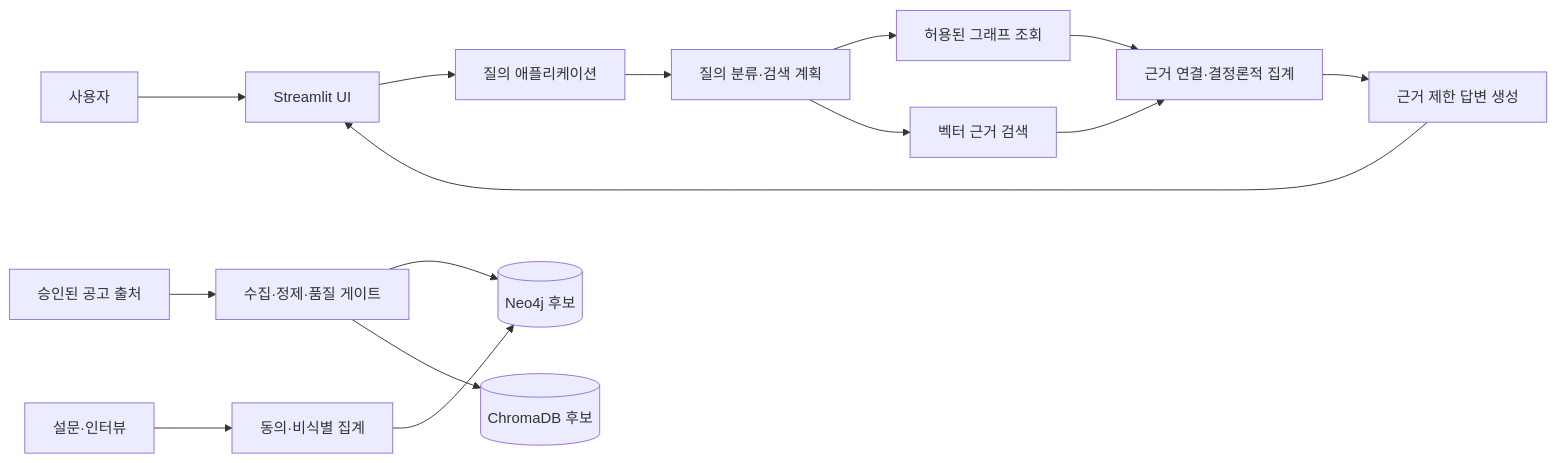
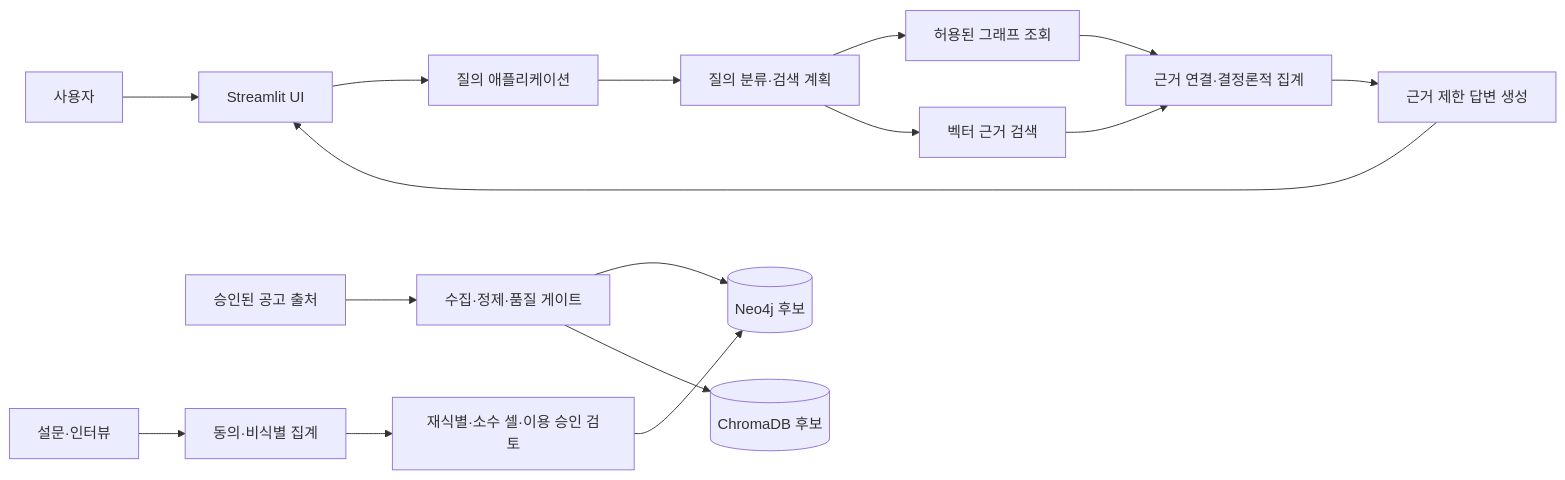
The diagram in docs/GraphRAG_프로젝트_아키텍처_초안.md (juny79/job_mismatch), drawn with Mermaid before and after one commit. The commit also changed other lines of this file, not shown here.

````diff
--- a/docs/GraphRAG_프로젝트_아키텍처_초안.md
+++ b/docs/GraphRAG_프로젝트_아키텍처_초안.md
@@ -24,17 +24,18 @@
 ```mermaid docs/GraphRAG_프로젝트_아키텍처_초안.md
 flowchart LR
   U[사용자] --> UI[Streamlit UI]
   UI --> APP[질의 애플리케이션]
   APP --> ROUTER[질의 분류·검색 계획]
   ROUTER --> GQ[허용된 그래프 조회]
   ROUTER --> VQ[벡터 근거 검색]
   GQ --> E[근거 연결·결정론적 집계]
   VQ --> E
   E --> LLM[근거 제한 답변 생성]
   LLM --> UI
   SRC[승인된 공고 출처] --> ING[수집·정제·품질 게이트]
   ING --> GRAPH[(Neo4j 후보)]
   ING --> VECTOR[(ChromaDB 후보)]
   SURVEY[설문·인터뷰] --> AGG[동의·비식별 집계]
-  AGG --> GRAPH
+  AGG --> GATE[재식별·소수 셀·이용 승인 검토]
+  GATE --> GRAPH
 ```
````
